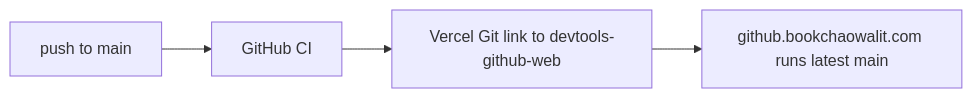
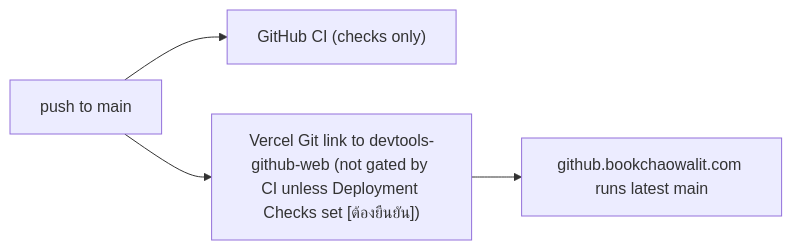
The second of 2 diagrams in docs/diagrams/01-business-process.md (bookchaowalit-website/devtools-github-web), drawn with Mermaid before and after one commit. The commit also changed other lines of this file, not shown here.

````diff
--- a/docs/diagrams/01-business-process.md
+++ b/docs/diagrams/01-business-process.md
@@ -39,6 +41,6 @@
 ```mermaid
 flowchart LR
-  PUSH["push to main"] --> CI["GitHub CI"]
-  CI --> GIT["Vercel Git link to devtools-github-web"]
+  PUSH["push to main"] --> CI["GitHub CI (checks only)"]
+  PUSH --> GIT["Vercel Git link to devtools-github-web (not gated by CI unless Deployment Checks set [ต้องยืนยัน])"]
   GIT --> LIVE["github.bookchaowalit.com runs latest main"]
 ```
````
